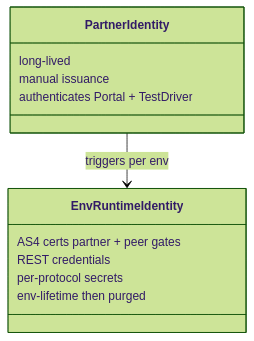
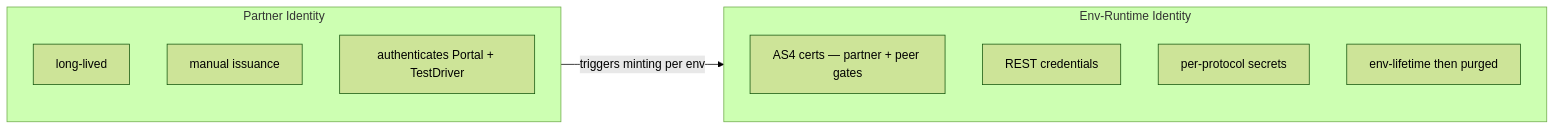
Before and after one commit to kemit-ee/efti-testbed: the ninth of 12 diagrams in architecture/v0.2.md, drawn with Mermaid (forest theme).

Commit message:
v0.2 §9: replace classDiagram (GitHub render-failed) with graph
GitHub's Mermaid renderer refused the classDiagram because the
class-body lines were plain English without +/- attribute prefixes
and contained hyphens / + signs the parser couldn't disambiguate.
Rewritten as a `graph LR` with two labelled subgraphs — same content,
renders reliably.

````diff
--- a/architecture/v0.2.md
+++ b/architecture/v0.2.md
@@ -234,15 +234,15 @@
 ```mermaid
-classDiagram
-    class PartnerIdentity {
-      long-lived
-      manual issuance
-      authenticates Portal + TestDriver
-    }
-    class EnvRuntimeIdentity {
-      AS4 certs partner + peer gates
-      REST credentials
-      per-protocol secrets
-      env-lifetime then purged
-    }
-    PartnerIdentity --> EnvRuntimeIdentity : triggers per env
+graph LR
+    subgraph Partner["Partner Identity"]
+        P1[long-lived]
+        P2[manual issuance]
+        P3[authenticates Portal + TestDriver]
+    end
+    subgraph Env["Env-Runtime Identity"]
+        E1[AS4 certs — partner + peer gates]
+        E2[REST credentials]
+        E3[per-protocol secrets]
+        E4[env-lifetime then purged]
+    end
+    Partner -->|triggers minting per env| Env
 ```
````
